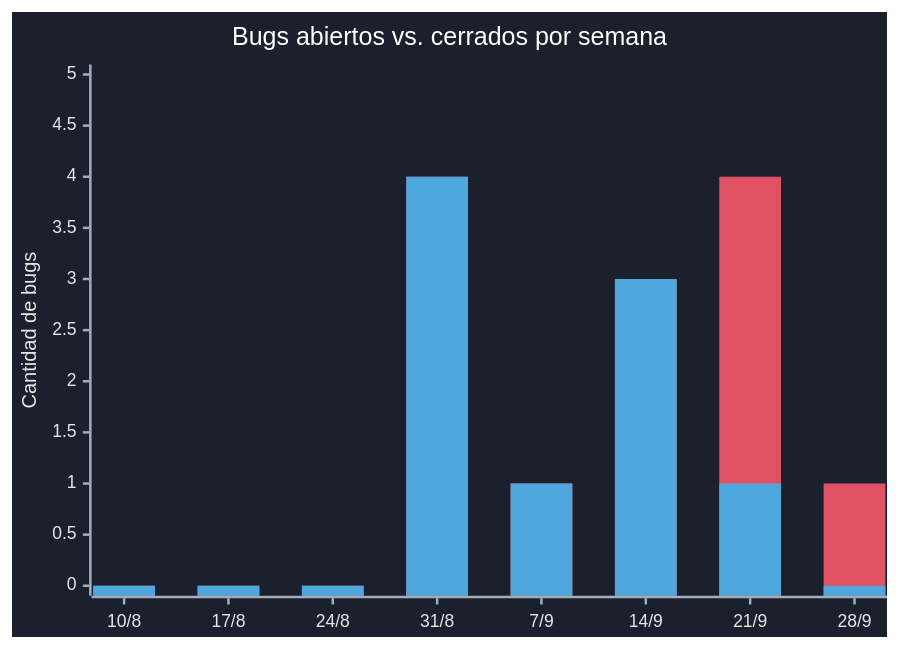
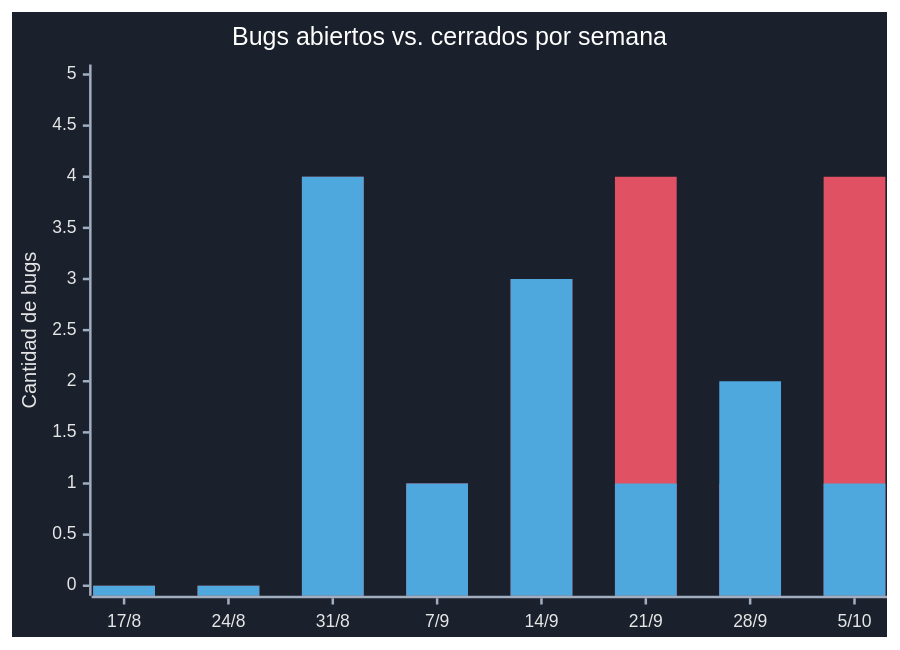
The diagram in docs/dashboard-bugs-github.md (VED-VirtualExperienceDevelopment/bistrolink), drawn with Mermaid before and after one commit. The commit also changed other lines of this file, not shown here.

````diff
--- a/docs/dashboard-bugs-github.md
+++ b/docs/dashboard-bugs-github.md
@@ -27,24 +27,24 @@
 ```mermaid
 %%{init: {'theme':'base', 'themeVariables': {
   'background': '#1a202c',
   'xyChart': {
     'backgroundColor': '#1a202c',
     'titleColor': '#ffffff',
     'xAxisLabelColor': '#e6e6e6',
     'xAxisTitleColor': '#e6e6e6',
     'xAxisTickColor': '#a0aec0',
     'xAxisLineColor': '#a0aec0',
     'yAxisLabelColor': '#e6e6e6',
     'yAxisTitleColor': '#e6e6e6',
     'yAxisTickColor': '#a0aec0',
     'yAxisLineColor': '#a0aec0',
     'plotColorPalette': '#e05263, #4ea8de'
   }
 }}}%%
 xychart-beta
     title "Bugs abiertos vs. cerrados por semana"
-    x-axis ["10/8", "17/8", "24/8", "31/8", "7/9", "14/9", "21/9", "28/9"]
+    x-axis ["17/8", "24/8", "31/8", "7/9", "14/9", "21/9", "28/9", "5/10"]
     y-axis "Cantidad de bugs" 0 --> 5
-    bar "Abiertos" [0, 0, 0, 4, 1, 3, 4, 1]
-    bar "Cerrados" [0, 0, 0, 4, 1, 3, 1, 0]
+    bar "Abiertos" [0, 0, 4, 1, 3, 4, 1, 4]
+    bar "Cerrados" [0, 0, 4, 1, 3, 1, 2, 1]
 ```
````
